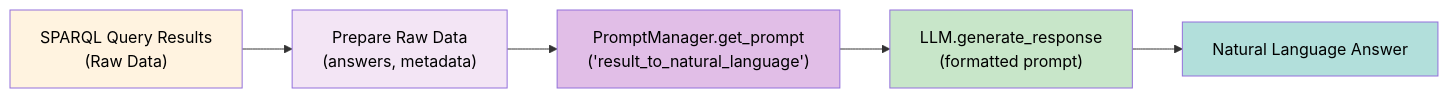
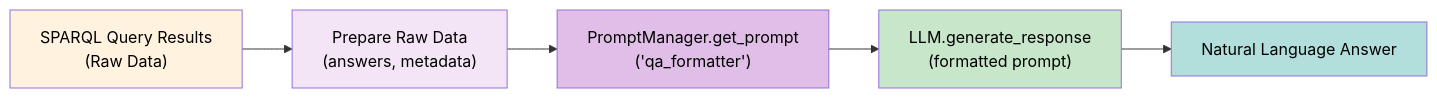
The fifth of 8 diagrams in README.md (schneialexan/atai-chatbot), drawn with Mermaid before and after one commit. The commit also changed other lines of this file and 6 other files, not shown here.

````diff
--- a/README.md
+++ b/README.md
@@ -368,13 +452,13 @@
 ```mermaid
 graph LR
     A["SPARQL Query Results<br>(Raw Data)"] --> B["Prepare Raw Data<br>(answers, metadata)"]
-    B --> C["PromptManager.get_prompt<br>('result_to_natural_language')"]
+    B --> C["PromptManager.get_prompt<br>('qa_formatter')"]
     C --> D["LLM.generate_response<br>(formatted prompt)"]
     D --> E["Natural Language Answer"]
     
     style A fill:#fff3e0,color:#000000
     style B fill:#f3e5f5,color:#000000
     style C fill:#e1bee7,color:#000000
     style D fill:#c8e6c9,color:#000000
     style E fill:#b2dfdb,color:#000000
 ```
````
